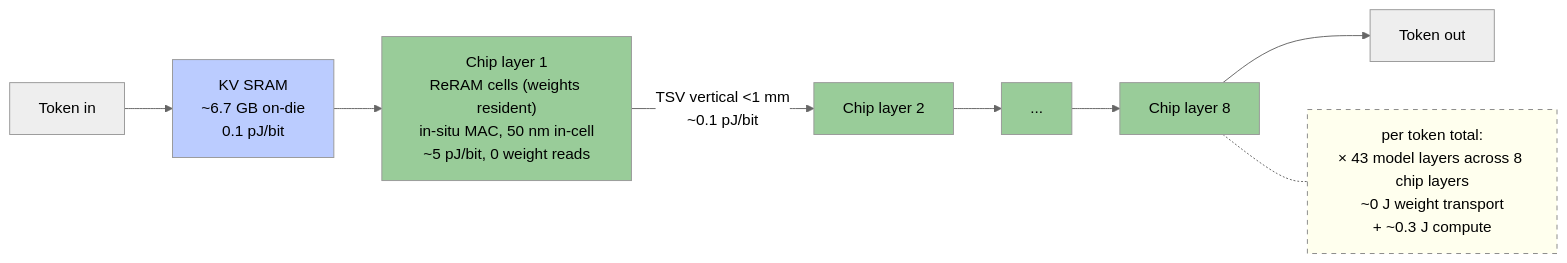
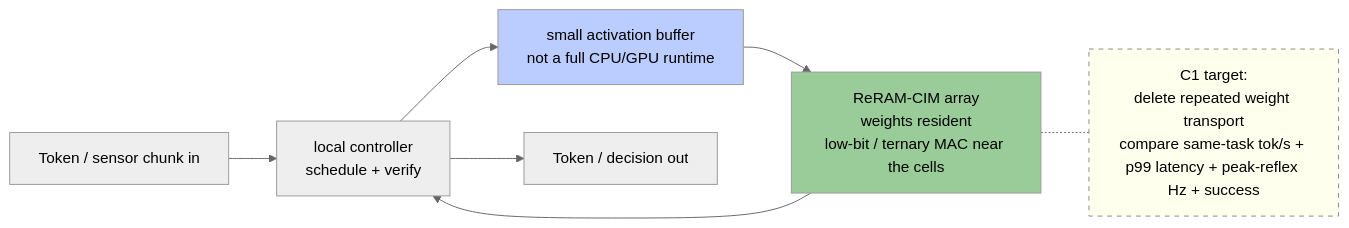
The fifth of 5 diagrams in README.md (michaelhuo2030/millisecond-era), drawn with Mermaid (neutral theme) before and after one commit. The commit also changed other lines of this file and 6 other files, not shown here.

````diff
--- a/README.md
+++ b/README.md
@@ -313,16 +315,12 @@
 ```mermaid
 flowchart LR
-    T1[Token in] --> KV["KV SRAM<br/>~6.7 GB on-die<br/>0.1 pJ/bit"]
-    KV --> L1["Chip layer 1<br/>ReRAM cells (weights resident)<br/>in-situ MAC, 50 nm in-cell<br/>~5 pJ/bit, 0 weight reads"]
-    L1 -->|"TSV vertical &lt;1 mm<br/>~0.1 pJ/bit"| L2["Chip layer 2"]
-    L2 --> L3["..."]
-    L3 --> L8["Chip layer 8"]
-    L8 --> T2[Token out]
-    L8 -.- TOTAL["per token total:<br/>× 43 model layers across 8 chip layers<br/>~0 J weight transport<br/>+ ~0.3 J compute"]
-    style L1 fill:#9c9
-    style L2 fill:#9c9
-    style L3 fill:#9c9
-    style L8 fill:#9c9
-    style KV fill:#bcf
+    T1[Token / sensor chunk in] --> CTRL["local controller<br/>schedule + verify"]
+    CTRL --> ACT["small activation buffer<br/>not a full CPU/GPU runtime"]
+    ACT --> CIM["ReRAM-CIM array<br/>weights resident<br/>low-bit / ternary MAC near the cells"]
+    CIM --> CTRL
+    CTRL --> T2[Token / decision out]
+    CIM -.- TOTAL["C1 target:<br/>delete repeated weight transport<br/>compare same-task tok/s + p99 latency + peak-reflex Hz + success"]
+    style CIM fill:#9c9
+    style ACT fill:#bcf
     style TOTAL fill:#ffe,stroke:#888,stroke-dasharray: 5 5
 ```
````
